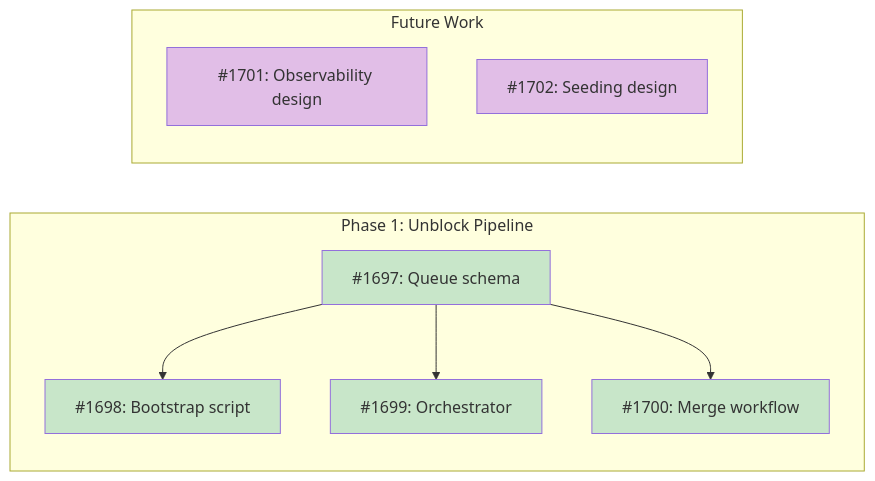
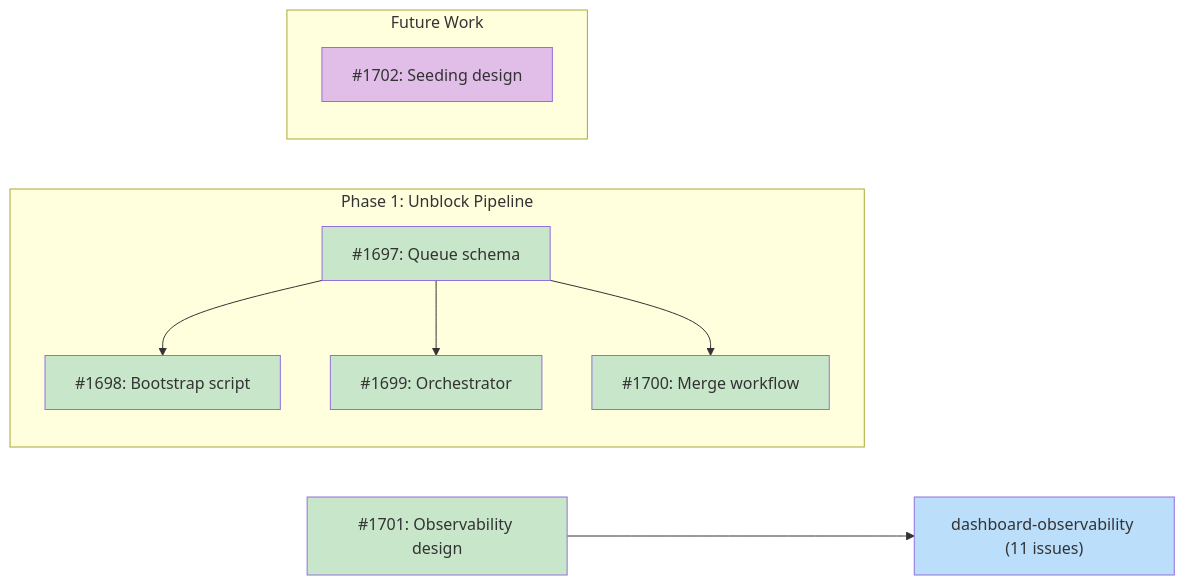
One commit to tsukumogami/tsuku changed the first of 4 diagrams in docs/designs/DESIGN-pipeline-dashboard.md. Above: the diagram before and after it, drawn with Mermaid. The commit also changed other lines of this file and 1 other file, not shown here.

Commit message:
docs: add design for dashboard observability enhancements (#1705)
Add DESIGN-dashboard-observability.md specifying Phase 2 of the pipeline
dashboard: failure drill-down, health status, and curated override
tracking.
The design extends queue-analytics to produce three new dashboard.json
sections (failure_details, health, curated) and defines five new HTML
pages
plus enhancements to six existing pages, all with XSS mitigation.

````diff
--- a/docs/designs/DESIGN-pipeline-dashboard.md
+++ b/docs/designs/DESIGN-pipeline-dashboard.md
@@ -54,29 +54,30 @@
 ```mermaid
 graph LR
     subgraph Phase1["Phase 1: Unblock Pipeline"]
         I1697["#1697: Queue schema"]
         I1698["#1698: Bootstrap script"]
         I1699["#1699: Orchestrator"]
         I1700["#1700: Merge workflow"]
     end
 
+    I1701["#1701: Observability design"]
+    M84["dashboard-observability (11 issues)"]
+
     subgraph Future["Future Work"]
-        I1701["#1701: Observability design"]
         I1702["#1702: Seeding design"]
     end
 
     I1697 --> I1698
     I1697 --> I1699
     I1697 --> I1700
+    I1701 --> M84
 
     classDef done fill:#c8e6c9
     classDef ready fill:#bbdefb
     classDef blocked fill:#fff9c4
     classDef needsDesign fill:#e1bee7
 
-    class I1697 done
-    class I1698 done
-    class I1699 done
-    class I1700 done
-    class I1701,I1702 needsDesign
+    class I1697,I1698,I1699,I1700,I1701 done
+    class M84 ready
+    class I1702 needsDesign
 ```
````
